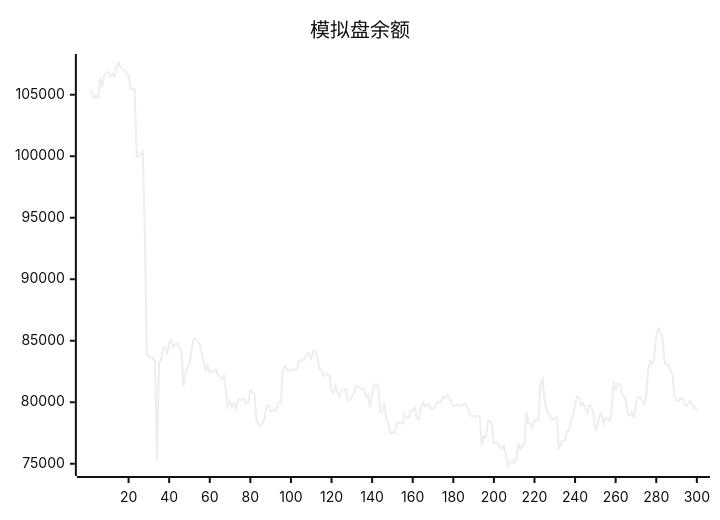
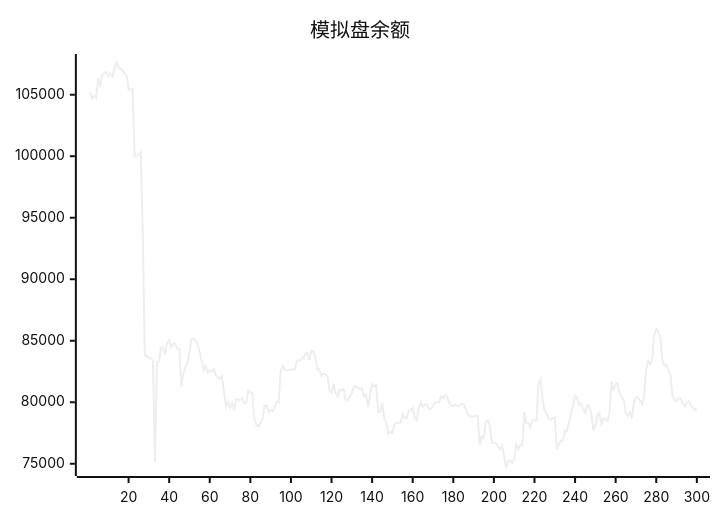
The diagram in README.md (aahl/ai-trading), drawn with Mermaid (neutral theme) before and after one commit. The commit also changed other lines of this file and 1 other file, not shown here.

````diff
--- a/README.md
+++ b/README.md
@@ -5,5 +5,5 @@
 ```mermaid
 xychart
     title "模拟盘余额"
-    line [105374,105227,104691,104924,104762,106364,105628,106608,106748,106872,106485,106721,106468,107132,107620,107224,107080,107001,106717,106567,105431,105431,105440,99950,100017,100113,100337,93749,83795,83807,83567,83567,83342,75168,83222,83336,84448,84449,83896,84839,85065,84499,84757,84757,84364,84347,81254,82385,82835,83184,84099,85150,85150,85002,84751,84096,83356,82582,82983,82404,82572,82512,82688,82200,82047,81920,82125,80840,79688,80060,79552,79920,79470,80236,80208,80170,80336,79894,80006,80954,80837,80712,78561,78139,78037,78293,78682,79720,79720,79214,79372,79279,79591,80046,79993,82625,82950,82626,82571,82633,82670,82670,82681,83386,83378,83464,83579,83920,84037,83402,84160,84142,83652,82655,82655,82145,82315,82243,82163,80934,80770,81371,80742,80468,80989,80989,81067,80191,80155,80450,80737,81309,81309,81106,81119,81119,80471,80631,79624,80670,81448,81290,81429,79212,79222,79940,78643,78380,77432,77623,77504,78235,78358,78284,78277,79048,78714,78714,79290,79308,79567,78763,78563,79603,79988,79652,79813,79813,79476,79469,79673,79995,80015,80015,80486,80314,80600,80436,79966,79689,79689,79819,79692,79692,79850,79850,79518,79071,78889,78850,78850,78878,78878,76554,77202,77103,78357,78510,78106,76678,76677,76672,76411,76159,76485,75656,74695,75197,75246,75052,75334,76564,76179,76553,76551,79196,78300,78300,77944,78531,78531,78521,81564,81884,80160,79335,79055,78675,78580,78708,78764,76179,76586,76902,76876,77658,77669,78346,79023,79769,80497,80366,79761,79896,79448,79126,79749,79658,79097,77695,78114,78888,79126,78249,78738,78653,78478,79271,81680,80923,81488,81527,80681,80455,80190,79084,78879,79193,78686,79954,80403,80374,80118,79848,80491,82665,83351,83098,83525,85430,85983,85737,85221,83378,83014,83043,82613,82216,80477,80208,80081,80348,80277,79894,79670,79965,80093,79786,79542,79406]
+    line [105227,104691,104924,104762,106364,105628,106608,106748,106872,106485,106721,106468,107132,107620,107224,107080,107001,106717,106567,105431,105431,105440,99950,100017,100113,100337,93749,83795,83807,83567,83567,83342,75168,83222,83336,84448,84449,83896,84839,85065,84499,84757,84757,84364,84347,81254,82385,82835,83184,84099,85150,85150,85002,84751,84096,83356,82582,82983,82404,82572,82512,82688,82200,82047,81920,82125,80840,79688,80060,79552,79920,79470,80236,80208,80170,80336,79894,80006,80954,80837,80712,78561,78139,78037,78293,78682,79720,79720,79214,79372,79279,79591,80046,79993,82625,82950,82626,82571,82633,82670,82670,82681,83386,83378,83464,83579,83920,84037,83402,84160,84142,83652,82655,82655,82145,82315,82243,82163,80934,80770,81371,80742,80468,80989,80989,81067,80191,80155,80450,80737,81309,81309,81106,81119,81119,80471,80631,79624,80670,81448,81290,81429,79212,79222,79940,78643,78380,77432,77623,77504,78235,78358,78284,78277,79048,78714,78714,79290,79308,79567,78763,78563,79603,79988,79652,79813,79813,79476,79469,79673,79995,80015,80015,80486,80314,80600,80436,79966,79689,79689,79819,79692,79692,79850,79850,79518,79071,78889,78850,78850,78878,78878,76554,77202,77103,78357,78510,78106,76678,76677,76672,76411,76159,76485,75656,74695,75197,75246,75052,75334,76564,76179,76553,76551,79196,78300,78300,77944,78531,78531,78521,81564,81884,80160,79335,79055,78675,78580,78708,78764,76179,76586,76902,76876,77658,77669,78346,79023,79769,80497,80366,79761,79896,79448,79126,79749,79658,79097,77695,78114,78888,79126,78249,78738,78653,78478,79271,81680,80923,81488,81527,80681,80455,80190,79084,78879,79193,78686,79954,80403,80374,80118,79848,80491,82665,83351,83098,83525,85430,85983,85737,85221,83378,83014,83043,82613,82216,80477,80208,80081,80348,80277,79894,79670,79965,80093,79786,79542,79406,79371]
 ```
````
